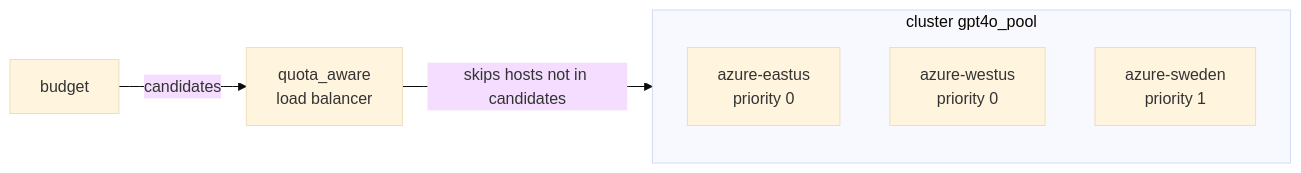
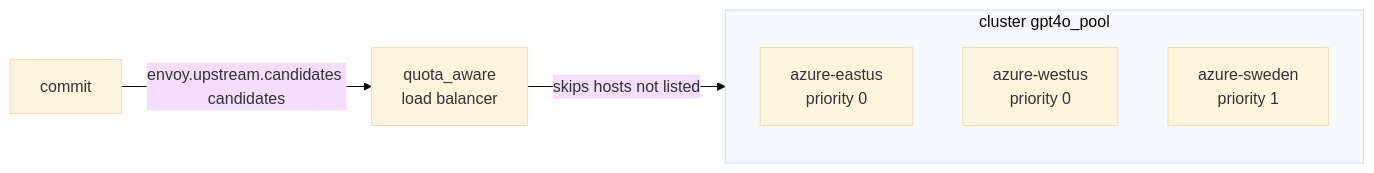
Before and after one commit to botengyao/envoy: the third of 3 diagrams in source/docs/ai_budget_routing.md, drawn with Mermaid (base theme). The commit also changed other lines of this file, not shown here.

Commit message:
ai_protocol_manager: share upstream candidates across policy filters

````diff
--- a/source/docs/ai_budget_routing.md
+++ b/source/docs/ai_budget_routing.md
@@ -335,10 +357,10 @@
 ```mermaid
 flowchart LR
-  B[budget] -->|candidates| QA[quota_aware<br/>load balancer]
+  CM[commit] -->|envoy.upstream.candidates candidates| QA[quota_aware<br/>load balancer]
   subgraph CL[cluster gpt4o_pool]
     H1[azure-eastus<br/>priority 0]
     H2[azure-westus<br/>priority 0]
     H3[azure-sweden<br/>priority 1]
   end
-  QA -->|skips hosts not in candidates| CL
+  QA -->|skips hosts not listed| CL
 ```
````
